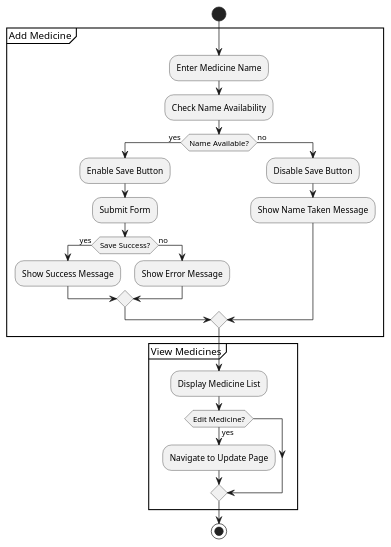
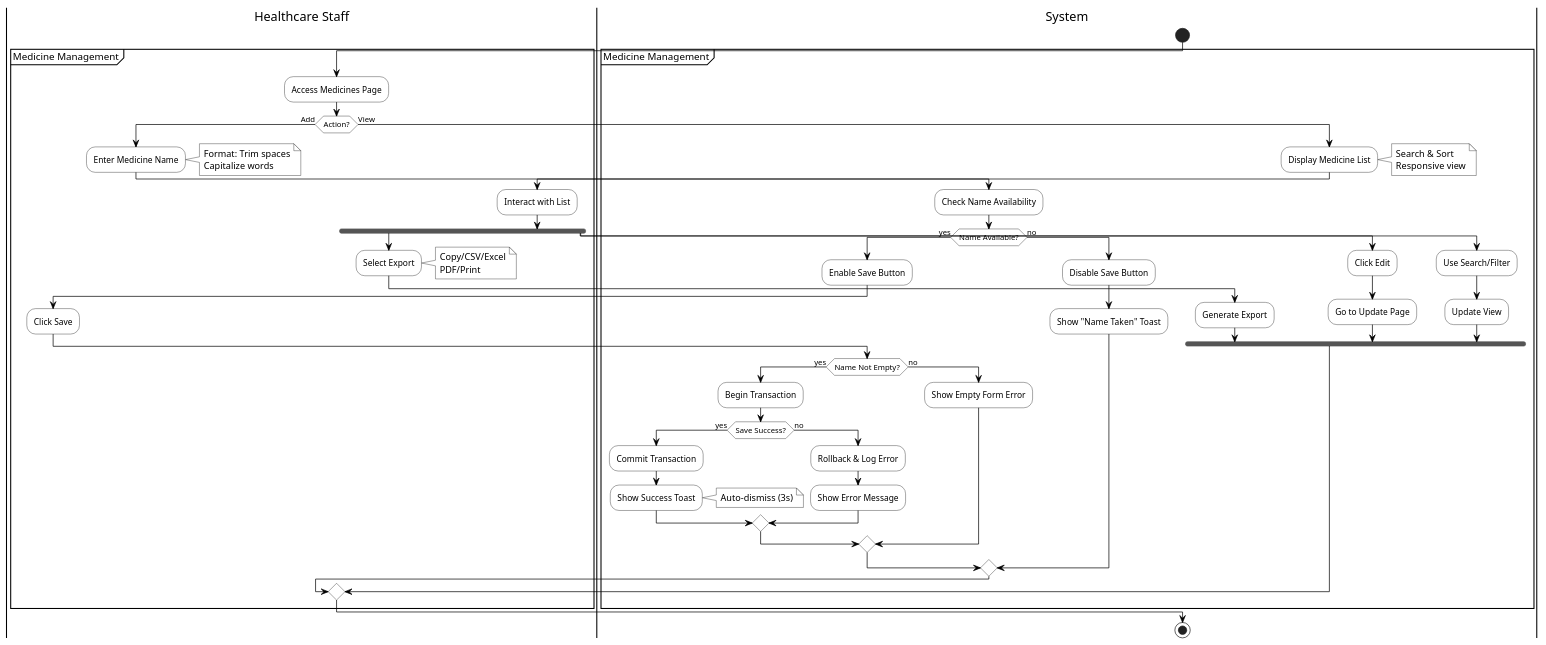
The diagram in dist/diagrams/Activity_Diagrams/medicine_management.activity.puml (KuroKage-001/Mamatid_MedClinic), drawn with PlantUML before and after one commit. The commit also changed 17 other files, not shown here.

```diff
--- a/dist/diagrams/Activity_Diagrams/medicine_management.activity.puml
+++ b/dist/diagrams/Activity_Diagrams/medicine_management.activity.puml
@@ -1,32 +1,76 @@
 @startuml Medicine Management Activity
+skinparam monochrome true
+skinparam shadowing false
+skinparam ActivityBackgroundColor white
+skinparam ActivityBorderColor black
+skinparam ArrowColor black
+skinparam NoteBackgroundColor white
+skinparam NoteBorderColor black
+
+|Healthcare Staff|
+|System|
 
 start
 
-partition "Add Medicine" {
-  :Enter Medicine Name;
-  :Check Name Availability;
+partition "Medicine Management" {
+  |Healthcare Staff|
+  :Access Medicines Page;
   
-  if (Name Available?) then (yes)
-    :Enable Save Button;
-    :Submit Form;
-    if (Save Success?) then (yes)
-      :Show Success Message;
+  if (Action?) then (Add)
+    :Enter Medicine Name;
+    note right: Format: Trim spaces\nCapitalize words
+    
+    |System|
+    :Check Name Availability;
+    
+    if (Name Available?) then (yes)
+      :Enable Save Button;
+      |Healthcare Staff|
+      :Click Save;
+      
+      |System|
+      if (Name Not Empty?) then (yes)
+        :Begin Transaction;
+        if (Save Success?) then (yes)
+          :Commit Transaction;
+          :Show Success Toast;
+          note right: Auto-dismiss (3s)
+        else (no)
+          :Rollback & Log Error;
+          :Show Error Message;
+        endif
+      else (no)
+        :Show Empty Form Error;
+      endif
     else (no)
-      :Show Error Message;
+      :Disable Save Button;
+      :Show "Name Taken" Toast;
     endif
-  else (no)
-    :Disable Save Button;
-    :Show Name Taken Message;
-  endif
-}
-
-partition "View Medicines" {
-  :Display Medicine List;
-  if (Edit Medicine?) then (yes)
-    :Navigate to Update Page;
+    
+  else (View)
+    |System|
+    :Display Medicine List;
+    note right: Search & Sort\nResponsive view
+    
+    |Healthcare Staff|
+    :Interact with List;
+    
+    fork
+      :Select Export;
+      note right: Copy/CSV/Excel\nPDF/Print
+      |System|
+      :Generate Export;
+    fork again
+      :Click Edit;
+      |System|
+      :Go to Update Page;
+    fork again
+      :Use Search/Filter;
+      |System|
+      :Update View;
+    end fork
   endif
 }
 
 stop
-
 @enduml 
```
